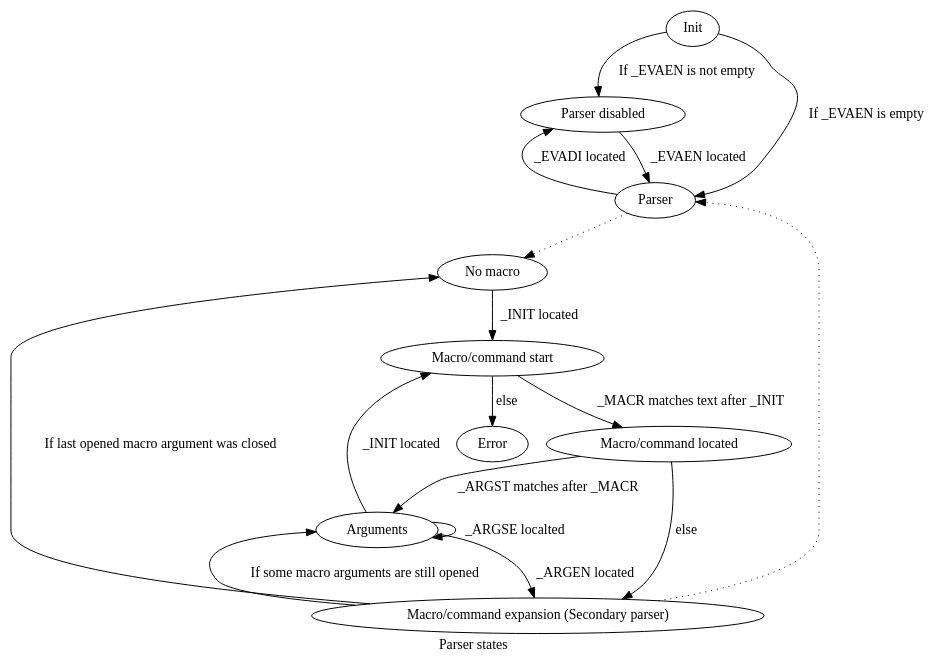
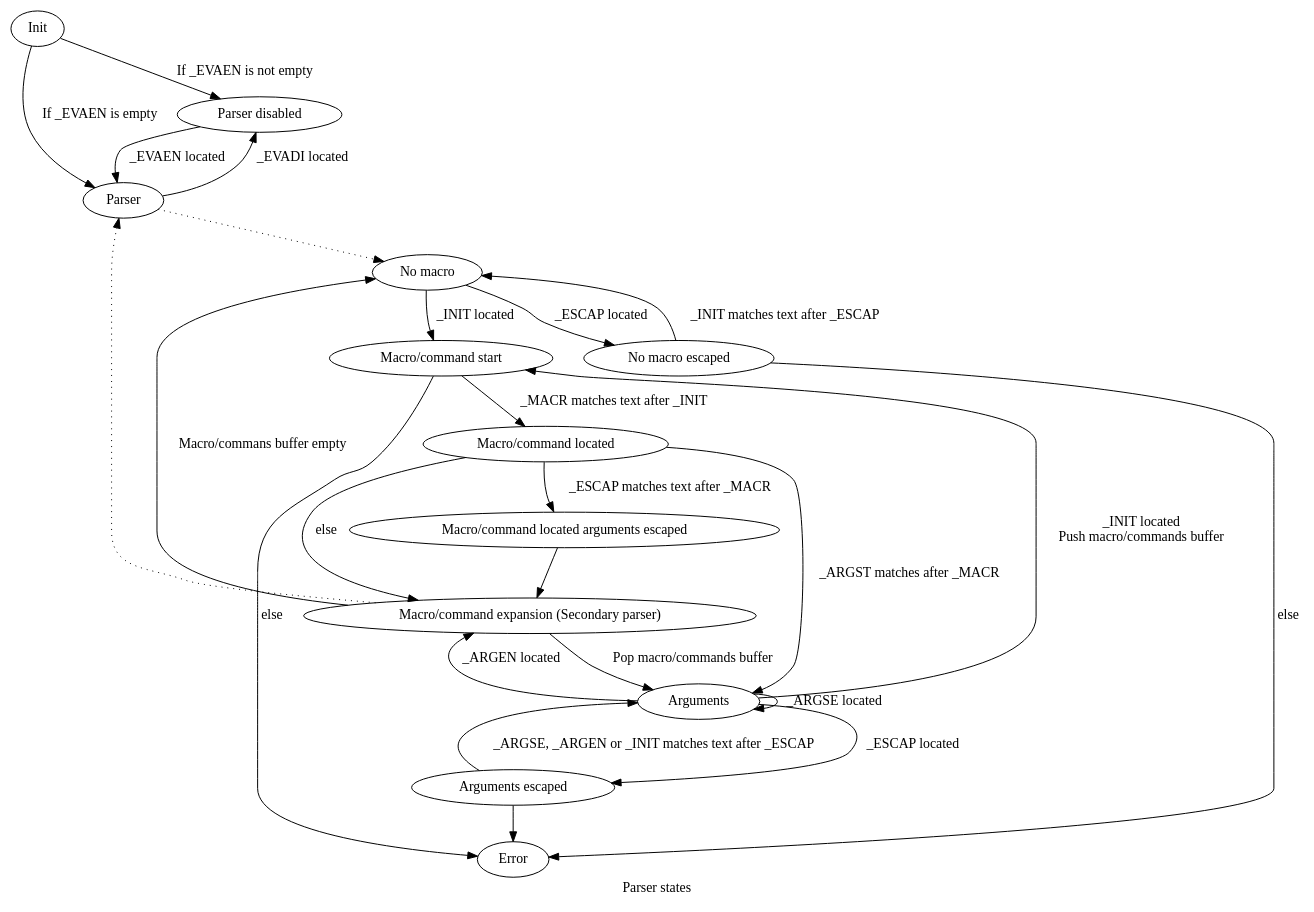
Before and after one commit to Cynerd/geml: the diagram in docs/parser-states.dot, drawn with Graphviz.

Commit message:
Add escape states to parser states graph

```diff
--- a/docs/parser-states.dot
+++ b/docs/parser-states.dot
@@ -1,35 +1,46 @@
 digraph ParserStates {
 label="Parser states";
 
 init [label="Init"];
 disabled [label="Parser disabled"];
 error [label="Error"];
 
 init -> disabled [label="If _EVAEN is not empty"];
 init -> Parser [label="If _EVAEN is empty"];
 Parser -> disabled [label="_EVADI located"];
 disabled -> Parser [label="_EVAEN located"];
 
 Parser {
 nomacro [label="No macro"];
+nomacro_escape [label="No macro escaped"];
 macro_start [label="Macro/command start"];
 macro [label="Macro/command located"];
+macro_escape [label="Macro/command located arguments escaped"];
 args [label="Arguments"];
+args_escaped [label="Arguments escaped"];
 expansion [label="Macro/command expansion (Secondary parser)"];
 
 Parser -> nomacro [style="dotted"];
 expansion -> Parser [style="dotted"];
 nomacro -> macro_start [label="_INIT located"];
 macro_start -> macro [label="_MACR matches text after _INIT"];
 macro_start -> error [label="else"];
 macro -> args [label="_ARGST matches after _MACR"];
-args -> args [label="_ARGSE localted"];
-args -> macro_start [label="_INIT located"];
+args -> args [label="_ARGSE located"];
+args -> macro_start [label="_INIT located\nPush macro/commands buffer"];
 args -> expansion [label="_ARGEN located"];
 macro -> expansion [label="else"];
-expansion -> args [label="If some macro arguments are still opened"];
-expansion -> nomacro [label="If last opened macro argument was closed"];
+expansion -> args [label="Pop macro/commands buffer"];
+expansion -> nomacro [label="Macro/commans buffer empty"];
+nomacro -> nomacro_escape [label="_ESCAP located"];
+nomacro_escape -> nomacro [label="_INIT matches text after _ESCAP"];
+nomacro_escape -> error [label="else"];
+macro -> macro_escape [label="_ESCAP matches text after _MACR"];
+macro_escape -> expansion;
+args -> args_escaped [label="_ESCAP located"];
+args_escaped -> args [label="_ARGSE, _ARGEN or _INIT matches text after _ESCAP"];
+args_escaped -> error [lavel="else"];
 
 }
 
 }
```
